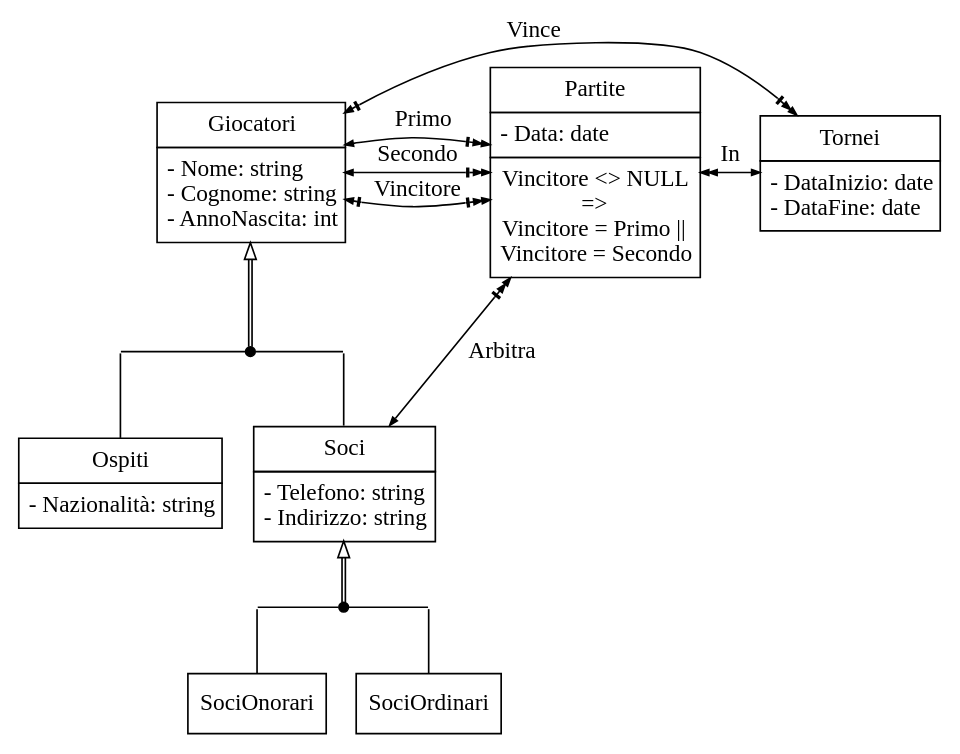
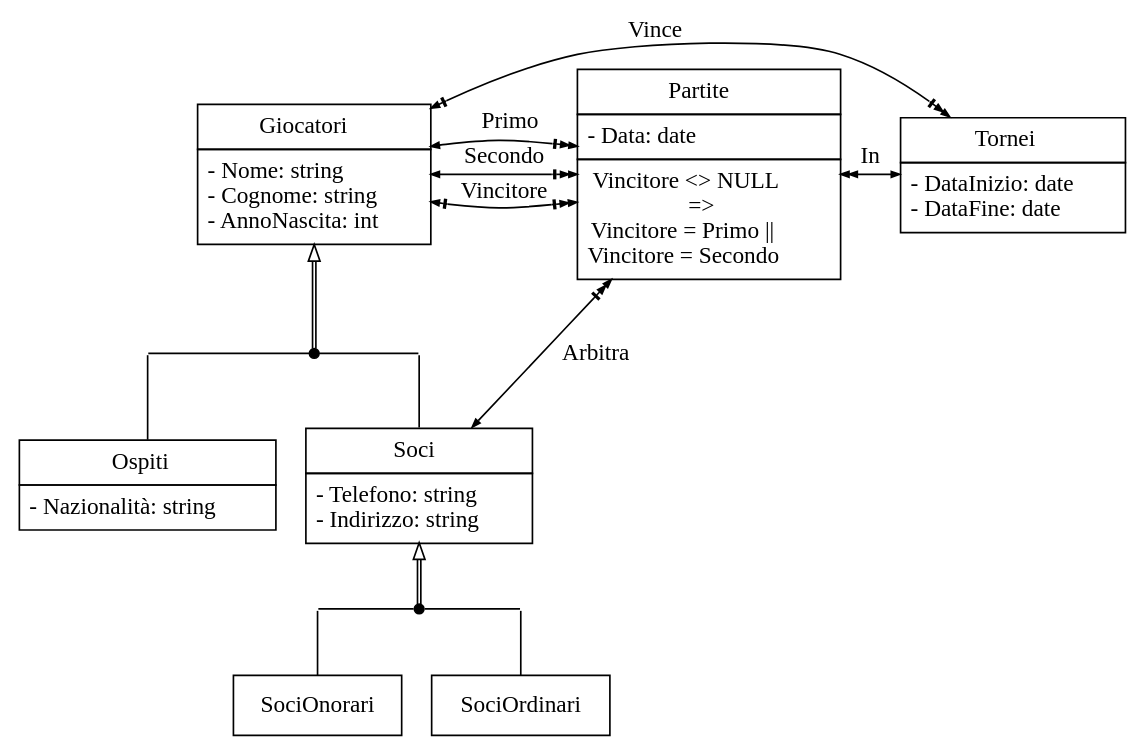
Before and after one commit to alek3y/cs: diagram 15 of 17 in src/ct0006-1/README.md, drawn with Graphviz. The commit also changed other lines of this file and 2 other files, not shown here.

```diff
--- a/src/ct0006-1/README.md
+++ b/src/ct0006-1/README.md
@@ -376,7 +376,7 @@
 digraph {
 	rankdir=TB
 	edge [arrowsize=0.5 dir=both]
-	node [shape=box fontname="Times"]
+	node [shape=box]
 
 	{
 		rank=same
```
